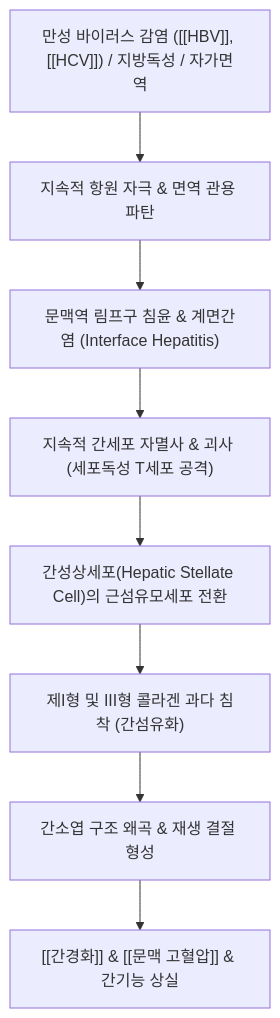
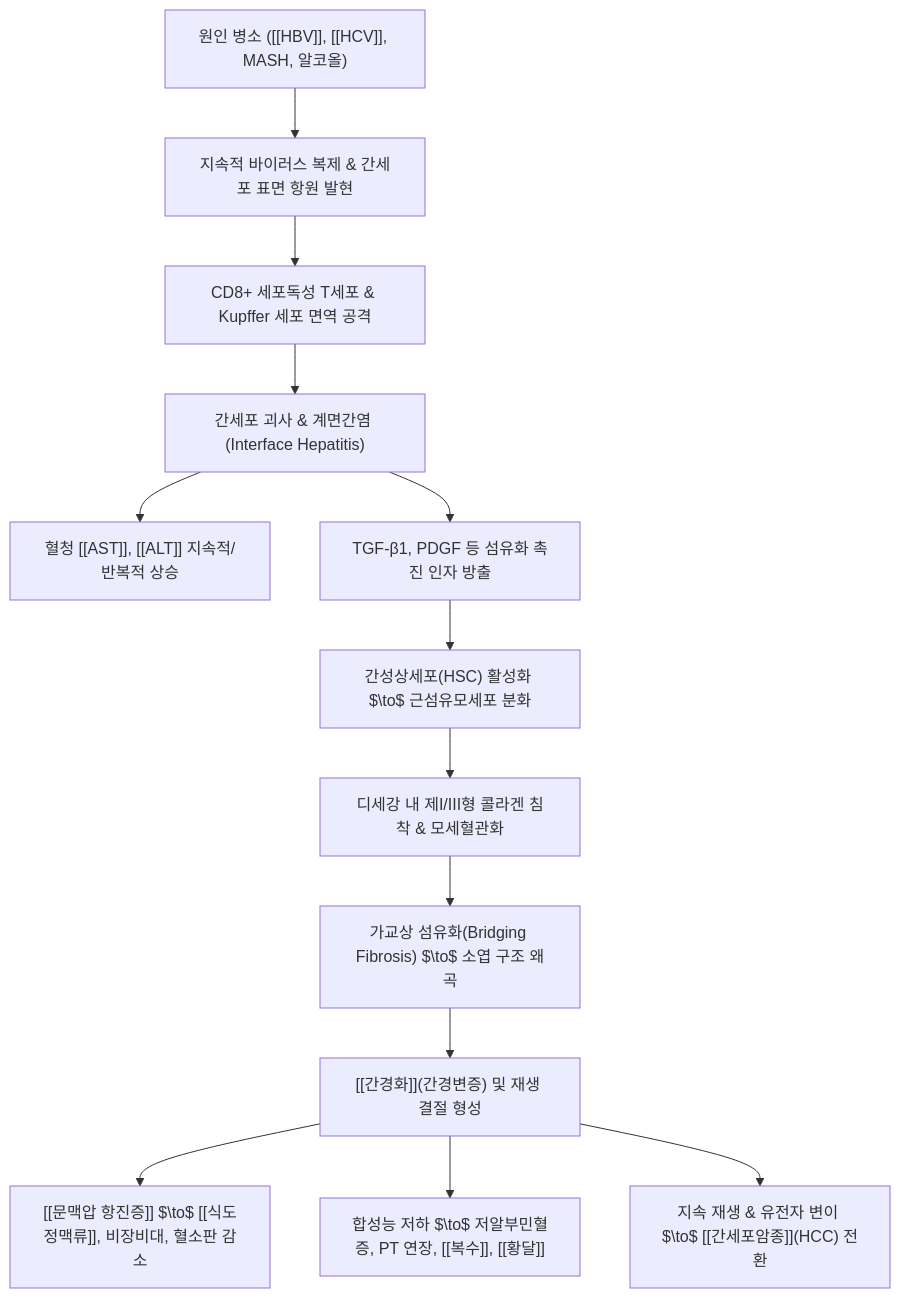
One commit to simbio11/simbio-digital-garden2 changed the diagram in content/3. 이론 공부/질환/간 질환/간염/만성 간염.md. Above: the diagram before and after it, drawn with Mermaid. The commit also changed other lines of this file and 147 other files, not shown here.

````diff
--- a/content/3. 이론 공부/질환/간 질환/간염/만성 간염.md
+++ b/content/3. 이론 공부/질환/간 질환/간염/만성 간염.md
@@ -63,10 +113,15 @@
 ```mermaid
 graph TD
-    Cause["만성 바이러스 감염 ([[HBV]], [[HCV]]) / 지방독성 / 자가면역"] --> Persistence["지속적 항원 자극 & 면역 관용 파탄"]
-    Persistence --> ChronicInflam["문맥역 림프구 침윤 & 계면간염 (Interface Hepatitis)"]
-    ChronicInflam --> HepatocyteDeath["지속적 간세포 자멸사 & 괴사 (세포독성 T세포 공격)"]
-    HepatocyteDeath --> HSCActivation["간성상세포(Hepatic Stellate Cell)의 근섬유모세포 전환"]
-    HSCActivation --> Fibrogenesis["제I형 및 III형 콜라겐 과다 침착 (간섬유화)"]
-    Fibrogenesis --> Distortion["간소엽 구조 왜곡 & 재생 결절 형성"]
-    Distortion --> CirrhosisProgression["[[간경화]] & [[문맥 고혈압]] & 간기능 상실"]
+    Cause["원인 병소 ([[HBV]], [[HCV]], MASH, 알코올)"] --> Antigen["지속적 바이러스 복제 & 간세포 표면 항원 발현"]
+    Antigen --> ImmuneAttack["CD8+ 세포독성 T세포 & Kupffer 세포 면역 공격"]
+    ImmuneAttack --> HepatocyteDeath["간세포 괴사 & 계면간염 (Interface Hepatitis)"]
+    HepatocyteDeath --> EnzymeLeak["혈청 [[AST]], [[ALT]] 지속적/반복적 상승"]
+    HepatocyteDeath --> CytokineRelease["TGF-β1, PDGF 등 섬유화 촉진 인자 방출"]
+    CytokineRelease --> HSCActivation["간성상세포(HSC) 활성화 $\to$ 근섬유모세포 분화"]
+    HSCActivation --> CollagenDeposition["디세강 내 제I/III형 콜라겐 침착 & 모세혈관화"]
+    CollagenDeposition --> BridgingFibrosis["가교상 섬유화(Bridging Fibrosis) $\to$ 소엽 구조 왜곡"]
+    BridgingFibrosis --> Cirrhosis["[[간경화]](간경변증) 및 재생 결절 형성"]
+    Cirrhosis --> PortalHTN["[[문맥압 항진증]] $\to$ [[식도정맥류]], 비장비대, 혈소판 감소"]
+    Cirrhosis --> LiverFailure["합성능 저하 $\to$ 저알부민혈증, PT 연장, [[복수]], [[황달]]"]
+    Cirrhosis --> Carcinogenesis["지속 재생 & 유전자 변이 $\to$ [[간세포암종]](HCC) 전환"]
 ```
````
